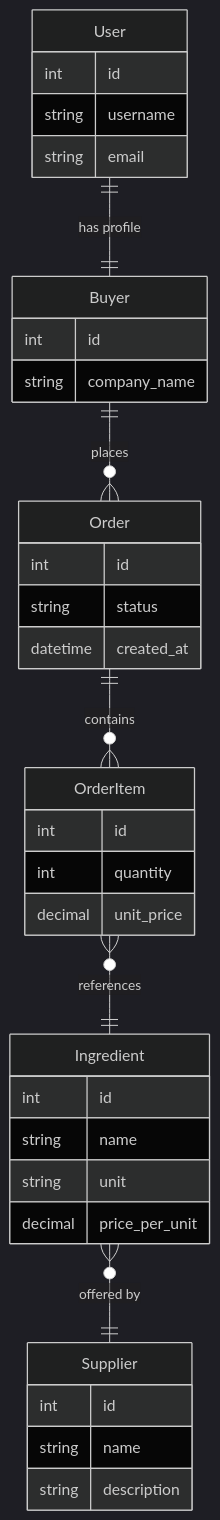
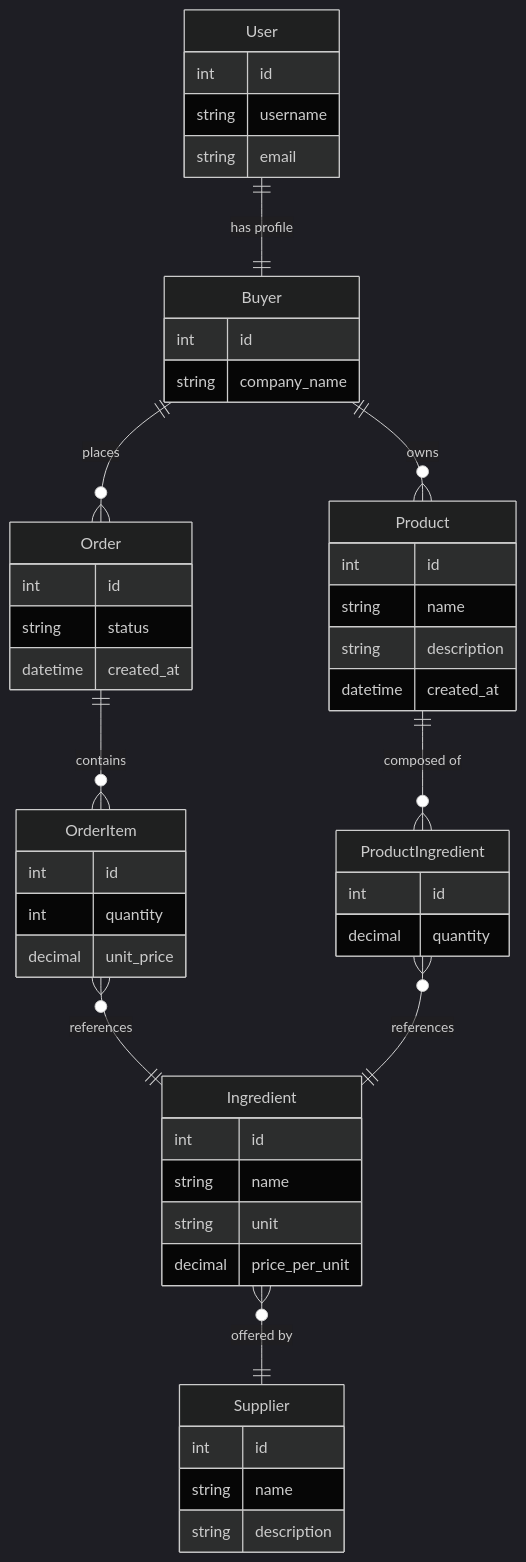
One commit to OpplyLtd/code-challenge-template changed the first of 2 diagrams in README.md. Above: the diagram before and after it, drawn with Mermaid (dark theme). The commit also changed other lines of this file, not shown here.

Commit message:
Update README to reflect Product entity
- ER diagram: add Product, ProductIngredient and their relationships
- Repository structure: add products/ backend app and Products views
- API endpoints table: add /api/products/ and /api/products/<id>/

````diff
--- a/README.md
+++ b/README.md
@@ -13,39 +13,52 @@
 ```mermaid
 erDiagram
     User ||--|| Buyer : "has profile"
     Buyer ||--o{ Order : "places"
+    Buyer ||--o{ Product : "owns"
     Order ||--o{ OrderItem : "contains"
     OrderItem }o--|| Ingredient : "references"
+    Product ||--o{ ProductIngredient : "composed of"
+    ProductIngredient }o--|| Ingredient : "references"
     Ingredient }o--|| Supplier : "offered by"
 
     User {
         int id
         string username
         string email
     }
     Buyer {
         int id
         string company_name
     }
     Supplier {
         int id
         string name
         string description
     }
     Ingredient {
         int id
         string name
         string unit
         decimal price_per_unit
     }
     Order {
         int id
         string status
         datetime created_at
     }
     OrderItem {
         int id
         int quantity
         decimal unit_price
     }
+    Product {
+        int id
+        string name
+        string description
+        datetime created_at
+    }
+    ProductIngredient {
+        int id
+        decimal quantity
+    }
 ```
````
